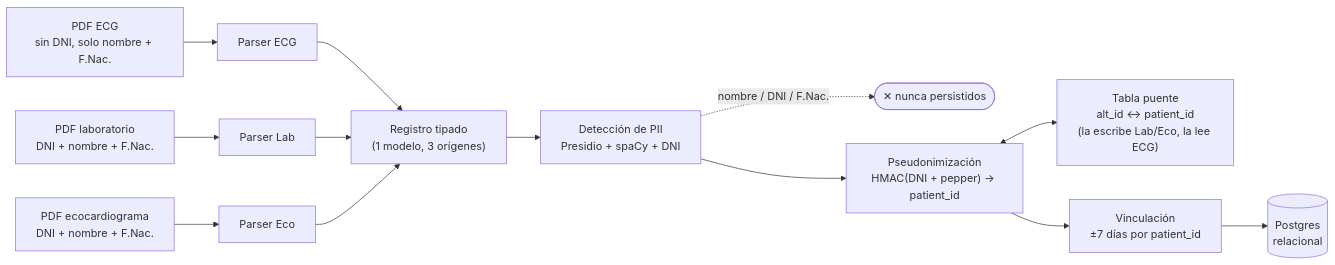
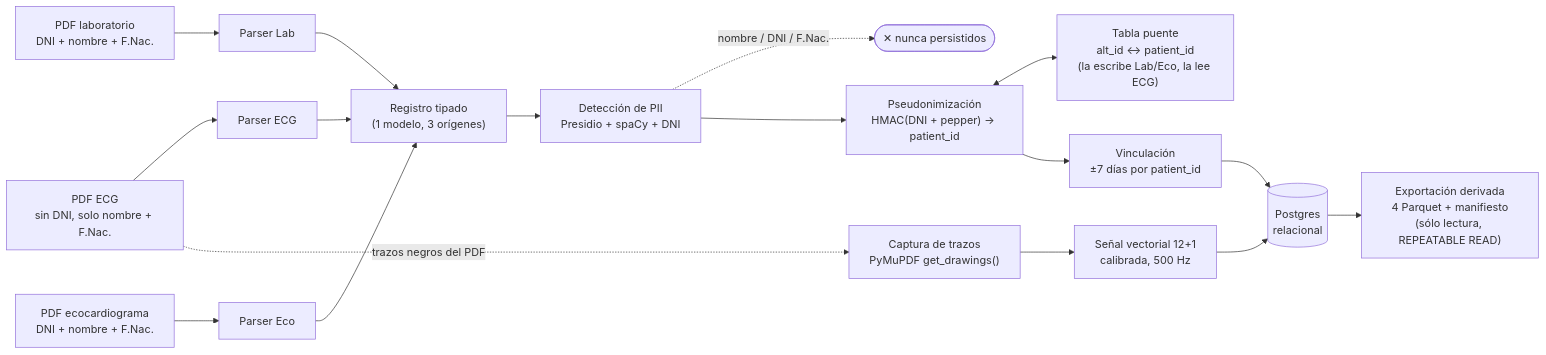
One commit to luchoaquinopla/Anonimizacion changed the diagram in docs/pipeline.md. Above: the diagram before and after it, drawn with Mermaid. The commit also changed other lines of this file and 2 other files, not shown here.

````diff
--- a/docs/pipeline.md
+++ b/docs/pipeline.md
@@ -11,20 +11,26 @@
 ```mermaid
 flowchart LR
     E["PDF ECG<br/>sin DNI, solo nombre + F.Nac."] --> EP["Parser ECG"]
     L["PDF laboratorio<br/>DNI + nombre + F.Nac."] --> LP["Parser Lab"]
     C["PDF ecocardiograma<br/>DNI + nombre + F.Nac."] --> CP["Parser Eco"]
 
     EP --> R["Registro tipado<br/>(1 modelo, 3 orígenes)"]
     LP --> R
     CP --> R
 
     R --> PII["Detección de PII<br/>Presidio + spaCy + DNI"]
     PII -. "nombre / DNI / F.Nac." .-> DISCARD(["✕ nunca persistidos"])
 
     PII --> PSEUDO["Pseudonimización<br/>HMAC(DNI + pepper) → patient_id"]
     PSEUDO <--> BRIDGE["Tabla puente<br/>alt_id ↔ patient_id<br/>(la escribe Lab/Eco, la lee ECG)"]
 
     PSEUDO --> LINK["Vinculación<br/>±7 días por patient_id"]
 
     LINK --> PG[("Postgres<br/>relacional")]
+
+    E -. "trazos negros del PDF" .-> TRAZOS["Captura de trazos<br/>PyMuPDF get_drawings()"]
+    TRAZOS --> SENAL["Señal vectorial 12+1<br/>calibrada, 500 Hz"]
+    SENAL --> PG
+
+    PG --> EXPORT["Exportación derivada<br/>4 Parquet + manifiesto<br/>(sólo lectura, REPEATABLE READ)"]
 ```
````
